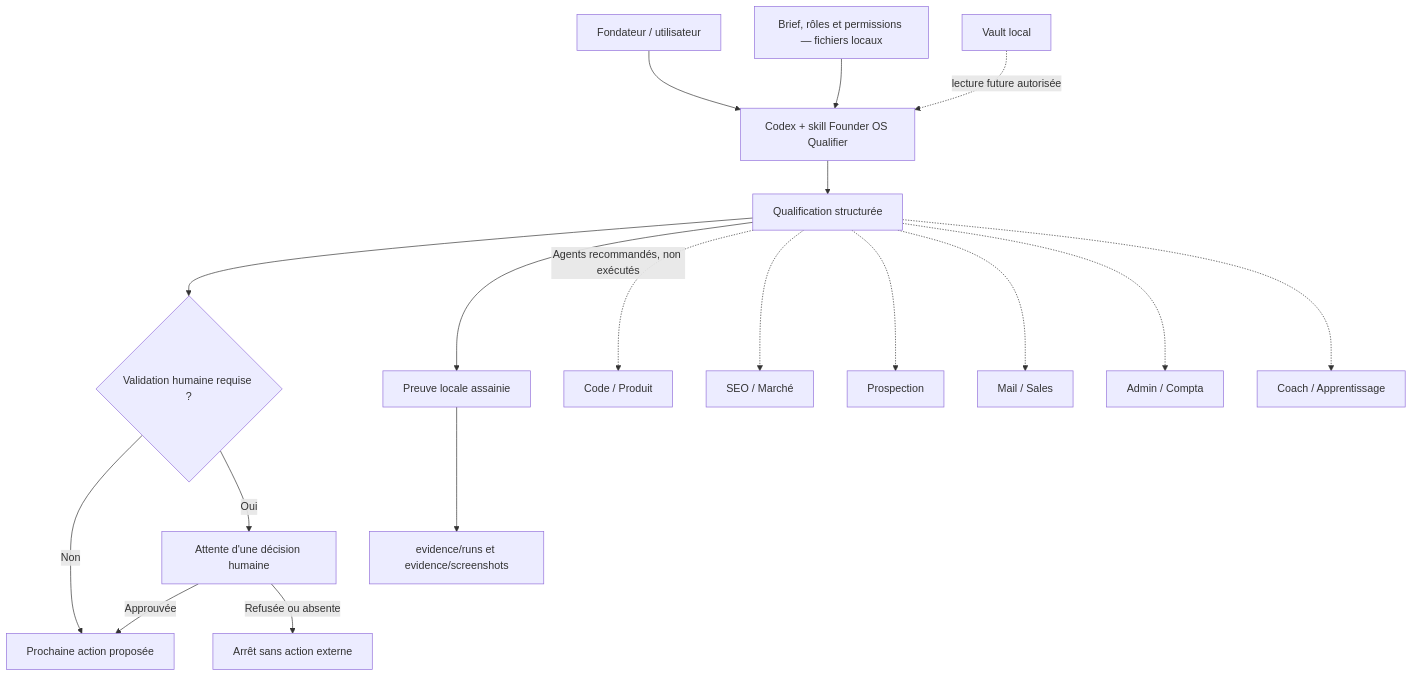
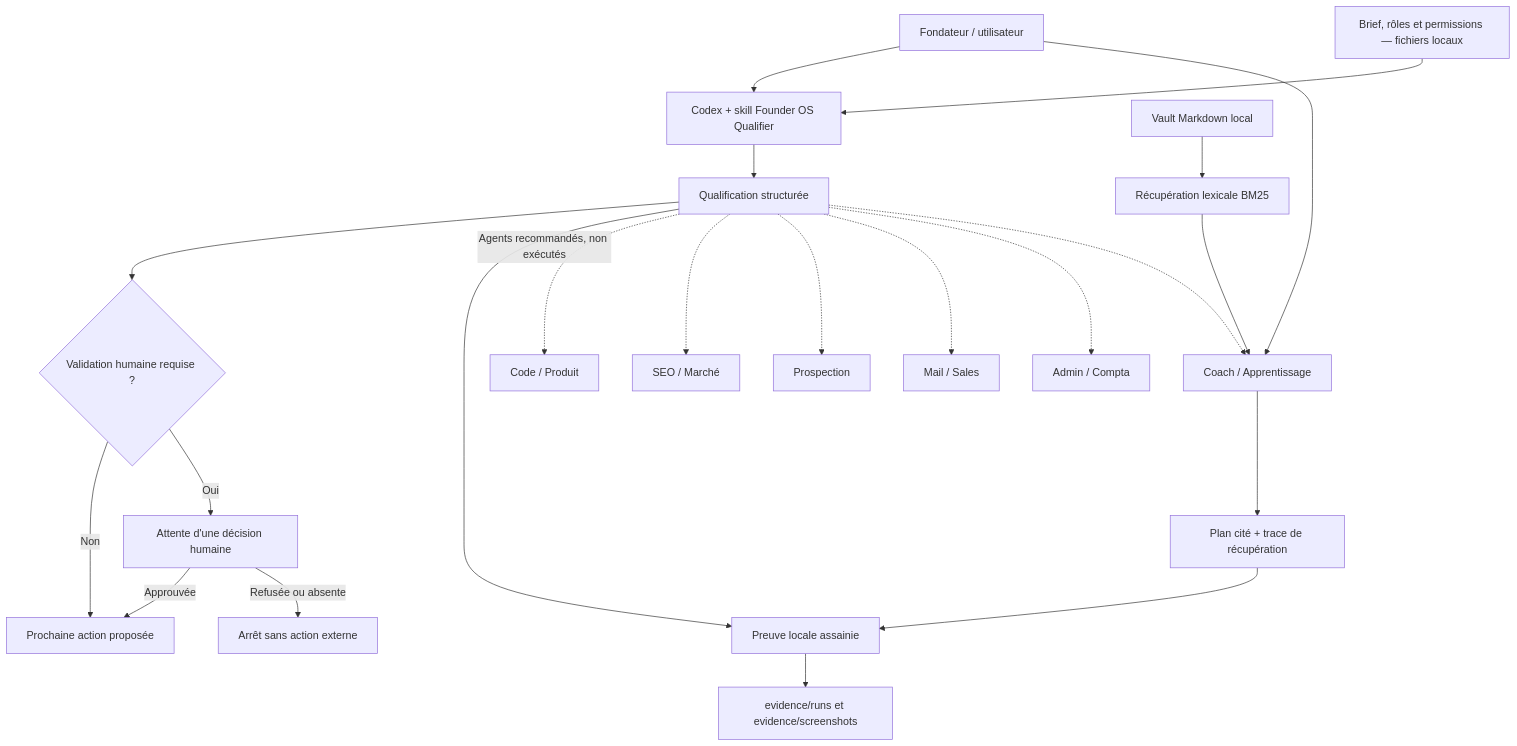
Before and after one commit to crousty24-bit/THP: the diagram in ModulesAgentBuilder/founder-os-agent-builder/docs/architecture.md, drawn with Mermaid. The commit also changed other lines of this file and 10 other files, not shown here.

````diff
--- a/ModulesAgentBuilder/founder-os-agent-builder/docs/architecture.md
+++ b/ModulesAgentBuilder/founder-os-agent-builder/docs/architecture.md
@@ -5,21 +5,25 @@
 ```mermaid
 flowchart TD
     U["Fondateur / utilisateur"] --> C["Codex + skill Founder OS Qualifier"]
     B["Brief, rôles et permissions — fichiers locaux"] --> C
     C --> Q["Qualification structurée"]
     Q --> G{"Validation humaine requise ?"}
     G -- "Non" --> N["Prochaine action proposée"]
     G -- "Oui" --> H["Attente d'une décision humaine"]
     H -- "Approuvée" --> N
     H -- "Refusée ou absente" --> X["Arrêt sans action externe"]
     Q --> E["Preuve locale assainie"]
     E --> R["evidence/runs et evidence/screenshots"]
-    V["Vault local"] -. "lecture future autorisée" .-> C
+    U --> L["Coach / Apprentissage"]
+    V["Vault Markdown local"] --> RAG["Récupération lexicale BM25"]
+    RAG --> L
+    L --> LE["Plan cité + trace de récupération"]
+    LE --> E
 
     Q -. "Agents recommandés, non exécutés" .-> CP["Code / Produit"]
     Q -.-> SEO["SEO / Marché"]
     Q -.-> P["Prospection"]
     Q -.-> S["Mail / Sales"]
     Q -.-> A["Admin / Compta"]
-    Q -.-> L["Coach / Apprentissage"]
+    Q -.-> L
 ```
````
